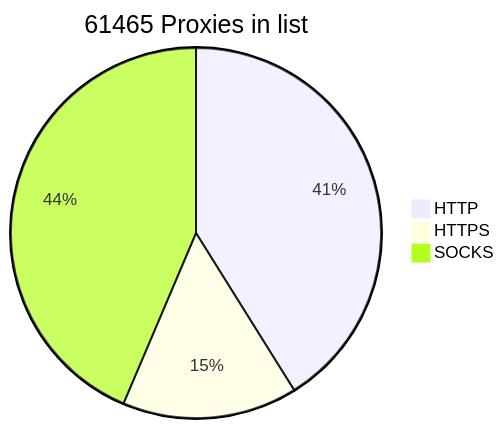
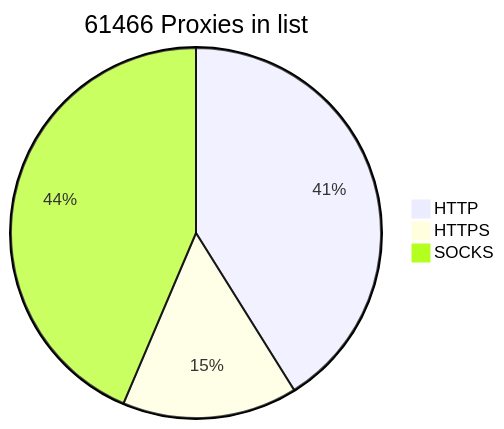
One commit to BlackSnowDot/proxylist-update-every-minute changed the diagram in README.md. Above: the diagram before and after it, drawn with Mermaid.

````diff
--- a/README.md
+++ b/README.md
@@ -2,6 +2,6 @@
 ```mermaid
-pie title 61465 Proxies in list
-    "HTTP" : 28712
-    "HTTPS": 10679
+pie title 61466 Proxies in list
+    "HTTP" : 28714
+    "HTTPS": 10680
     "SOCKS" : 30451
 ```
````
